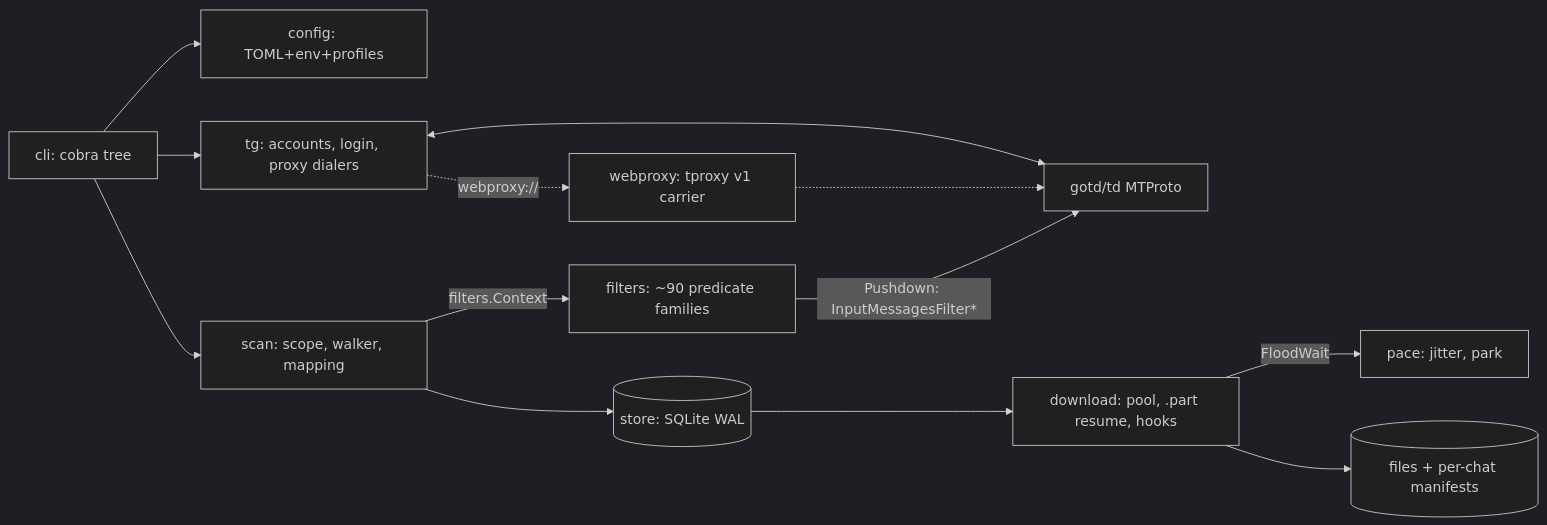
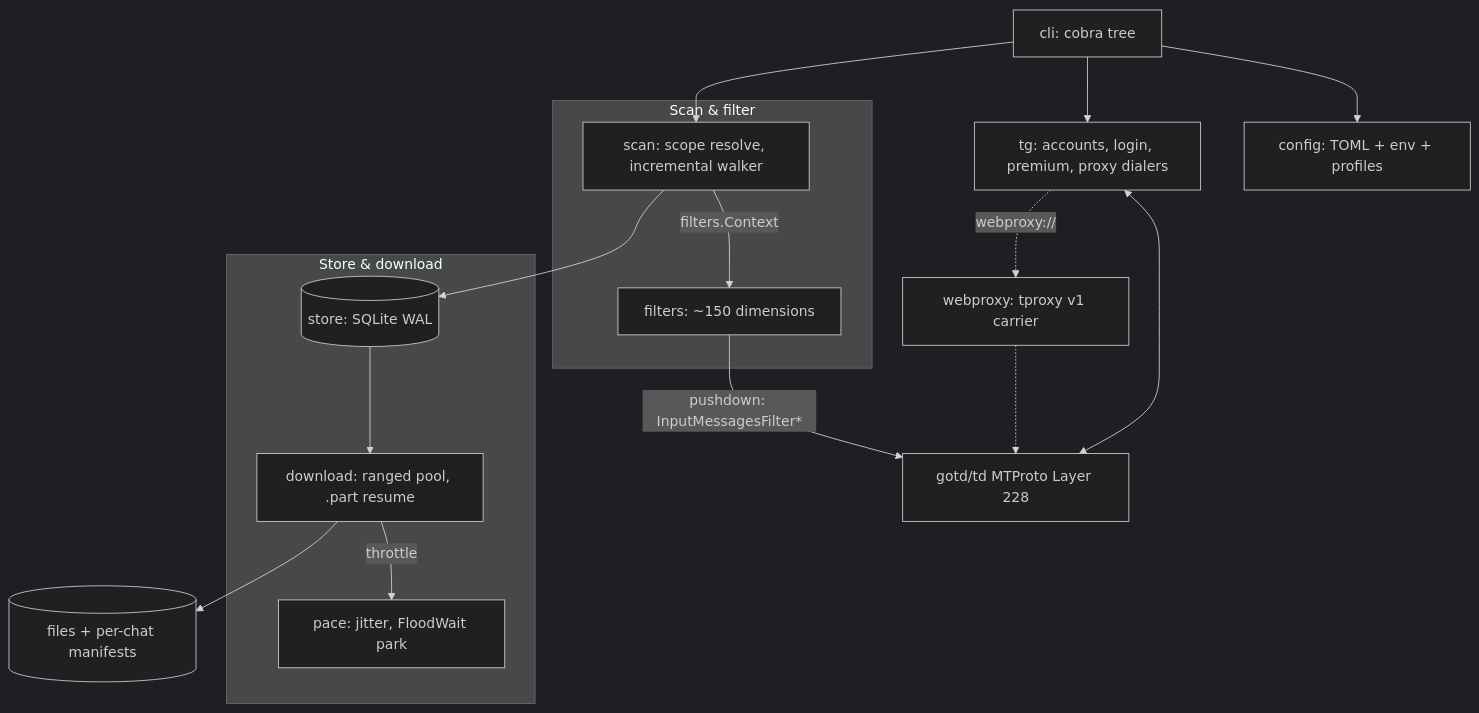
One commit to 4q4r/teleparse changed the first of 2 diagrams in README.md. Above: the diagram before and after it, drawn with Mermaid (dark theme). The commit also changed other lines of this file, not shown here.

````diff
--- a/README.md
+++ b/README.md
@@ -571,14 +50,28 @@
 ```mermaid
-flowchart LR
-    CLI[cli: cobra tree] --> CFG[config: TOML+env+profiles]
-    CLI --> TG[tg: accounts, login, proxy dialers]
-    TG <--> GOTD[gotd/td MTProto]
-    CLI --> SCAN[scan: scope, walker, mapping]
-    SCAN -->|filters.Context| FILTERS[filters: ~90 predicate families]
-    FILTERS -->|Pushdown: InputMessagesFilter*| GOTD
-    SCAN --> STORE[(store: SQLite WAL)]
-    STORE --> DL[download: pool, .part resume, hooks]
-    DL -->|FloodWait| PACE[pace: jitter, park]
-    DL --> FS[(files + per-chat manifests)]
-    TG -. webproxy:// .-> WP[webproxy: tproxy v1 carrier] -.-> GOTD
+flowchart TB
+    CLI[cli: cobra tree] --> CFG[config: TOML + env + profiles]
+    CLI --> TG[tg: accounts, login, premium, proxy dialers]
+    TG <--> GOTD[gotd/td MTProto Layer 228]
+
+    subgraph PLAN["Scan & filter"]
+      SCAN[scan: scope resolve, incremental walker]
+      FILTERS[filters: ~150 dimensions]
+    end
+
+    CLI --> SCAN
+    SCAN -->|filters.Context| FILTERS
+    FILTERS -->|"pushdown: InputMessagesFilter*"| GOTD
+
+    subgraph DL["Store & download"]
+      STORE[(store: SQLite WAL)]
+      DLN[download: ranged pool, .part resume]
+      PACE[pace: jitter, FloodWait park]
+    end
+
+    SCAN --> STORE
+    STORE --> DLN
+    DLN -->|throttle| PACE
+    DLN --> FS[(files + per-chat manifests)]
+
+    TG -.->|"webproxy://"| WP[webproxy: tproxy v1 carrier] -.-> GOTD
 ```
````
